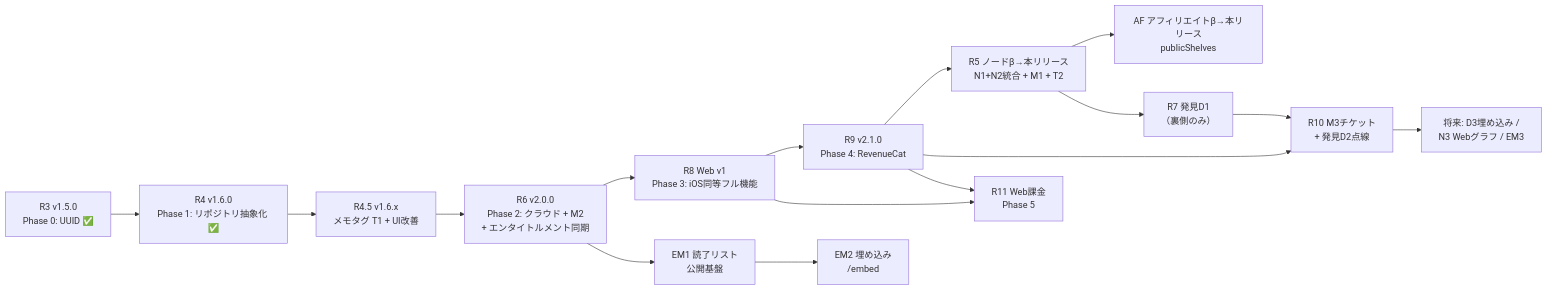
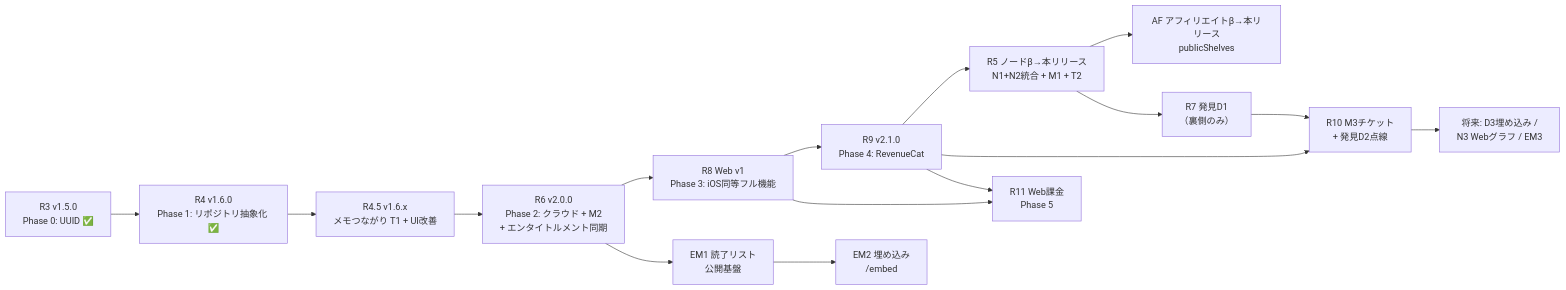
Before and after one commit to minayamahata/bookbank-100days-log: the diagram in docs/implementation-roadmap.md, drawn with Mermaid. The commit also changed other lines of this file and 2 other files, not shown here.

````diff
--- a/docs/implementation-roadmap.md
+++ b/docs/implementation-roadmap.md
@@ -26,17 +26,17 @@
 ```mermaid
 flowchart LR
     R3[R3 v1.5.0<br/>Phase 0: UUID ✅] --> R4[R4 v1.6.0<br/>Phase 1: リポジトリ抽象化 ✅]
-    R4 --> R45[R4.5 v1.6.x<br/>メモタグ T1 + UI改善]
+    R4 --> R45[R4.5 v1.6.x<br/>メモつながり T1 + UI改善]
     R45 --> R6[R6 v2.0.0<br/>Phase 2: クラウド + M2<br/>+ エンタイトルメント同期]
     R6 --> R8[R8 Web v1<br/>Phase 3: iOS同等フル機能]
     R8 --> R9[R9 v2.1.0<br/>Phase 4: RevenueCat]
     R9 --> R5[R5 ノードβ→本リリース<br/>N1+N2統合 + M1 + T2]
     R5 --> AF[AF アフィリエイトβ→本リリース<br/>publicShelves]
     R5 --> R7[R7 発見D1<br/>（裏側のみ）]
     R7 --> R10[R10 M3チケット<br/>+ 発見D2点線]
     R9 --> R10
     R6 --> EM1[EM1 読了リスト<br/>公開基盤] --> EM2[EM2 埋め込み<br/>/embed]
     R8 --> R11[R11 Web課金<br/>Phase 5]
     R9 --> R11
     R10 --> F[将来: D3埋め込み /<br/>N3 Webグラフ / EM3]
 ```
````
